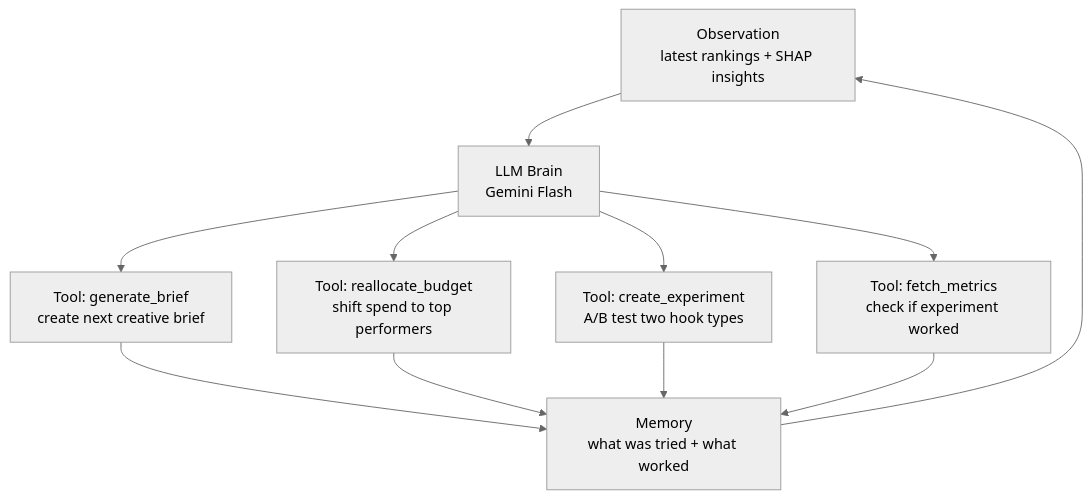
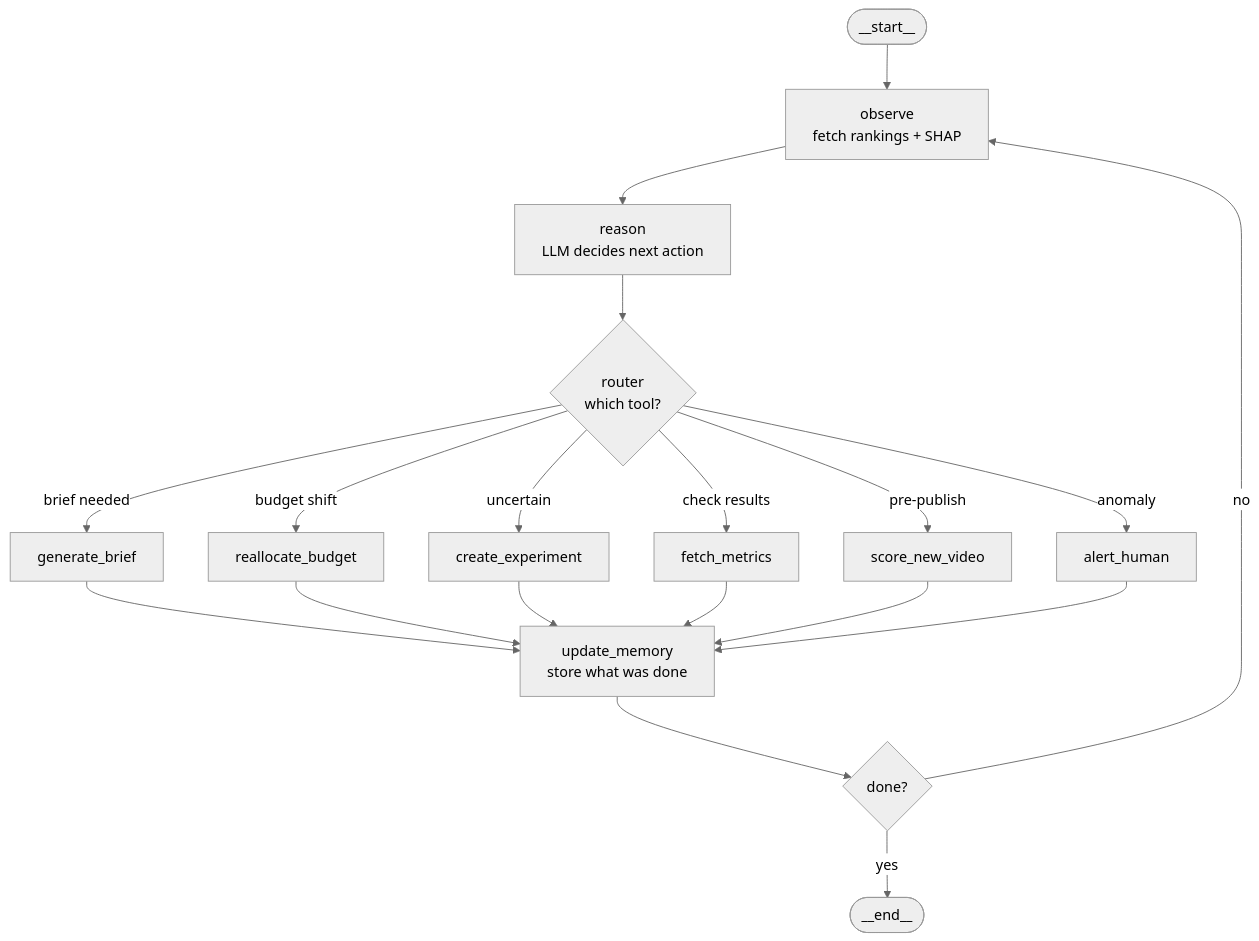
Before and after one commit to aravindgopan-dev/Performance-Prediction-System-: the diagram in agent.md, drawn with Mermaid (neutral theme). The commit also changed other lines of this file, not shown here.

````diff
--- a/agent.md
+++ b/agent.md
@@ -24,10 +30,19 @@
 ```mermaid
 flowchart TD
-    OB["Observation\nlatest rankings + SHAP insights"] --> LLM["LLM Brain\nGemini Flash"]
-    LLM --> T1["Tool: generate_brief\ncreate next creative brief"]
-    LLM --> T2["Tool: reallocate_budget\nshift spend to top performers"]
-    LLM --> T3["Tool: create_experiment\nA/B test two hook types"]
-    LLM --> T4["Tool: fetch_metrics\ncheck if experiment worked"]
-    T1 & T2 & T3 & T4 --> MEM["Memory\nwhat was tried + what worked"]
-    MEM --> OB
+    S(["__start__"]) --> observe["observe\nfetch rankings + SHAP"]
+    observe --> reason["reason\nLLM decides next action"]
+    reason --> router{"router\nwhich tool?"}
+
+    router -->|"brief needed"| generate_brief["generate_brief"]
+    router -->|"budget shift"| reallocate_budget["reallocate_budget"]
+    router -->|"uncertain"| create_experiment["create_experiment"]
+    router -->|"check results"| fetch_metrics["fetch_metrics"]
+    router -->|"pre-publish"| score_new_video["score_new_video"]
+    router -->|"anomaly"| alert_human["alert_human"]
+
+    generate_brief & reallocate_budget & create_experiment & fetch_metrics & score_new_video & alert_human --> update_memory["update_memory\nstore what was done"]
+
+    update_memory --> should_continue{"done?"}
+    should_continue -->|"no"| observe
+    should_continue -->|"yes"| E(["__end__"])
 ```
````
